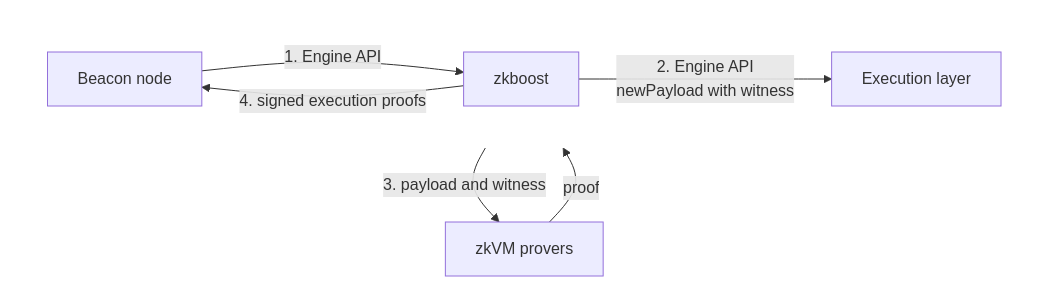
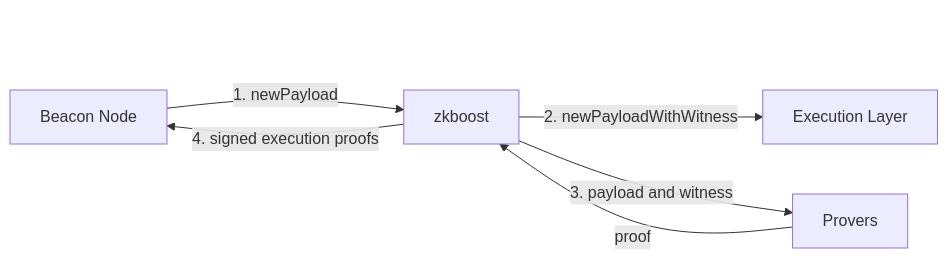
One commit to eth-act/zkboost changed the diagram in README.md. Above: the diagram before and after it, drawn with Mermaid. The commit also changed other lines of this file, not shown here.

````diff
--- a/README.md
+++ b/README.md
@@ -13,12 +13,12 @@
 ```mermaid
-flowchart TB
-    subgraph row[" "]
-        direction LR
-        CL["Beacon node"] -- "1. Engine API" --> Z["zkboost"]
-        Z -- "2. Engine API<br/>newPayload with witness" --> EL["Execution layer"]
-        Z -- "4. signed execution proofs" --> CL
-    end
-    row -- "3. payload and witness" --> P["zkVM provers"]
-    P -- "proof" --> row
-    style row fill:none,stroke:none
+flowchart LR
+    CL["Beacon Node"] -- "1. newPayload" --> Z["zkboost"]
+    Z -- "4. signed execution proofs" --> CL
+    %% The hidden box balances the provers, so the three boxes stay in one row.
+    Z ~~~ S[" "]
+    Z ~~~ S
+    Z -- "2. newPayloadWithWitness" --> EL["Execution Layer"]
+    Z -- "3. payload and witness" --> P["Provers"]
+    P -- "proof" --> Z
+    style S fill:none,stroke:none
 ```
````
